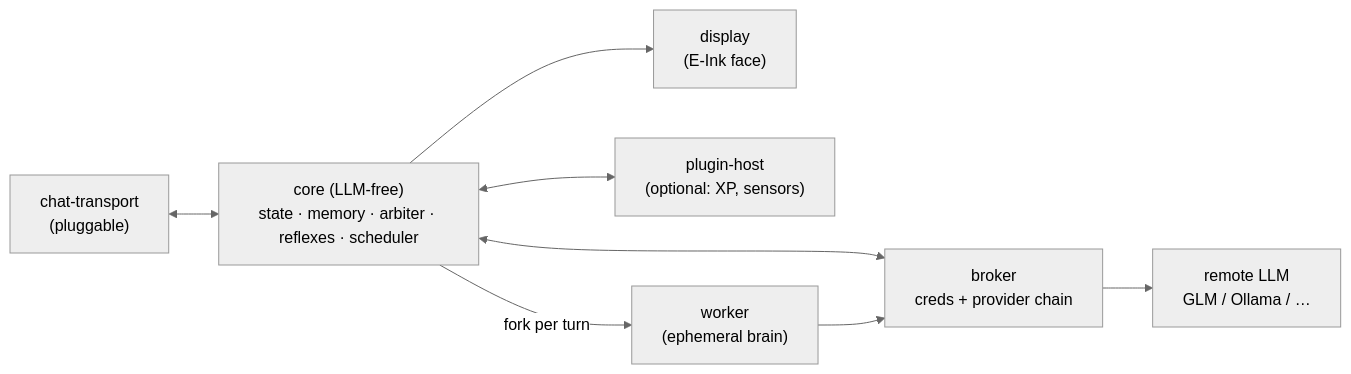
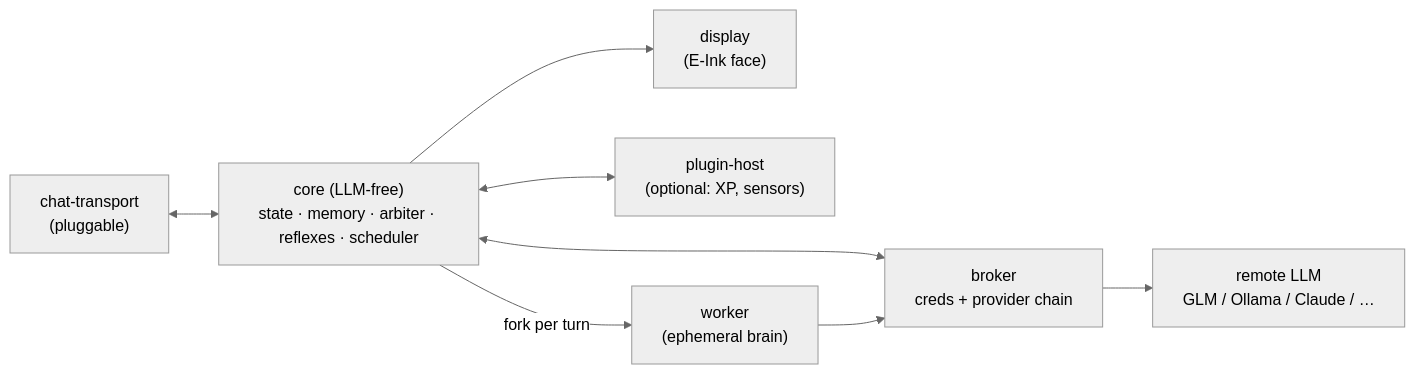
The diagram in README.md (elliotboney/shelldon), drawn with Mermaid (neutral theme) before and after one commit. The commit also changed other lines of this file and 3 other files, not shown here.

````diff
--- a/README.md
+++ b/README.md
@@ -35,11 +65,11 @@
 ```mermaid
 flowchart LR
   chat["chat-transport<br/>(pluggable)"] <--> core
   core["core (LLM-free)<br/>state · memory · arbiter · reflexes · scheduler"]
   core <--> broker["broker<br/>creds + provider chain"]
   core --> display["display<br/>(E-Ink face)"]
   core <--> plugins["plugin-host<br/>(optional: XP, sensors)"]
   core -->|fork per turn| worker["worker<br/>(ephemeral brain)"]
   worker --> broker
-  broker --> llm["remote LLM<br/>GLM / Ollama / …"]
+  broker --> llm["remote LLM<br/>GLM / Ollama / Claude / …"]
 ```
````
